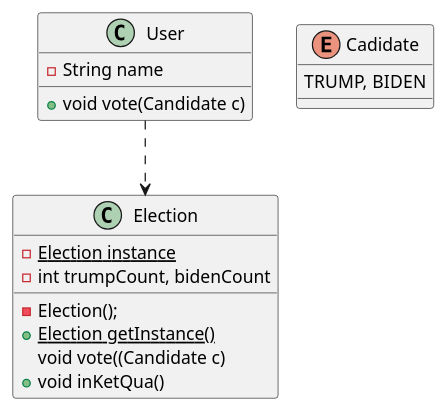
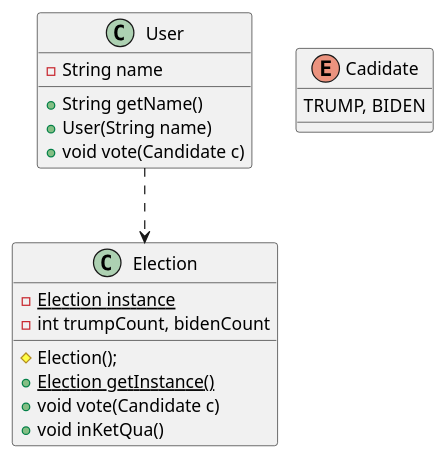
Before and after one commit to TuanKiet1774/Lap-Trinh-Java: the diagram in baitap_a4/diagram.puml, drawn with PlantUML. The commit also changed 44 other files, not shown here.

```diff
--- a/baitap_a4/diagram.puml
+++ b/baitap_a4/diagram.puml
@@ -1,24 +1,26 @@
 @startuml
 'https://plantuml.com/sequence-diagram
 
 class Election{
     -{static} Election instance
     - int trumpCount, bidenCount
-    - Election();
+    # Election();
     +{static} Election getInstance()
-    void vote((Candidate c)
+    + void vote(Candidate c)
     + void inKetQua()
 }
 
 class User{
     - String name
+    + String getName()
+    + User(String name)
     + void vote(Candidate c)
 }
 
 enum Cadidate{
     TRUMP, BIDEN
 }
 
 User ..> Election
 
 @enduml
```
